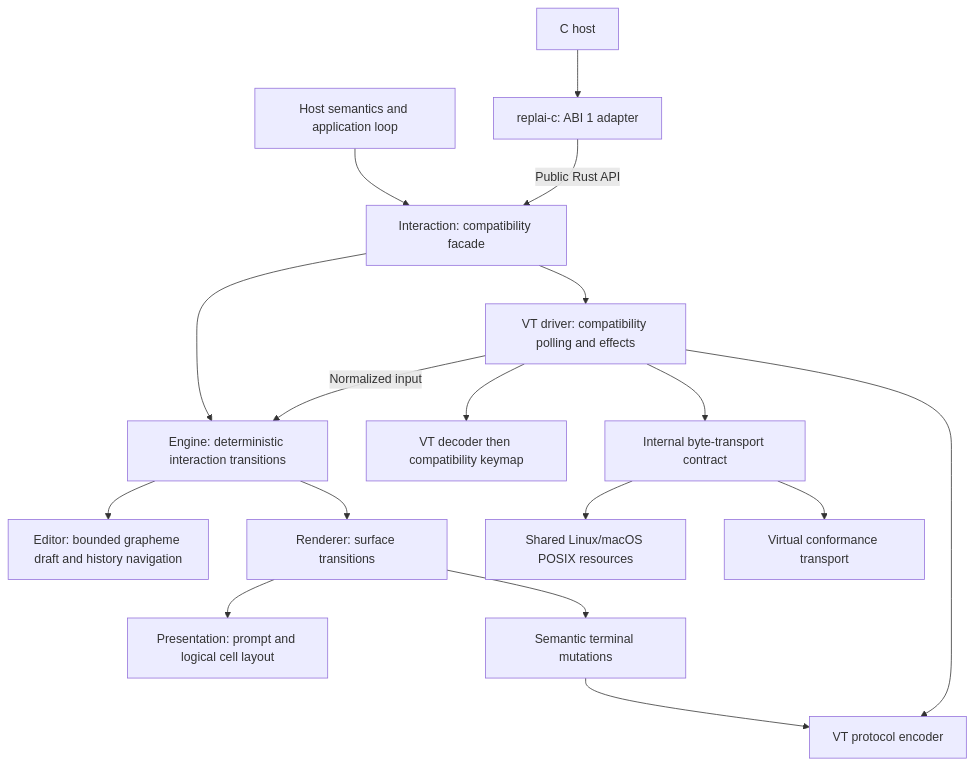
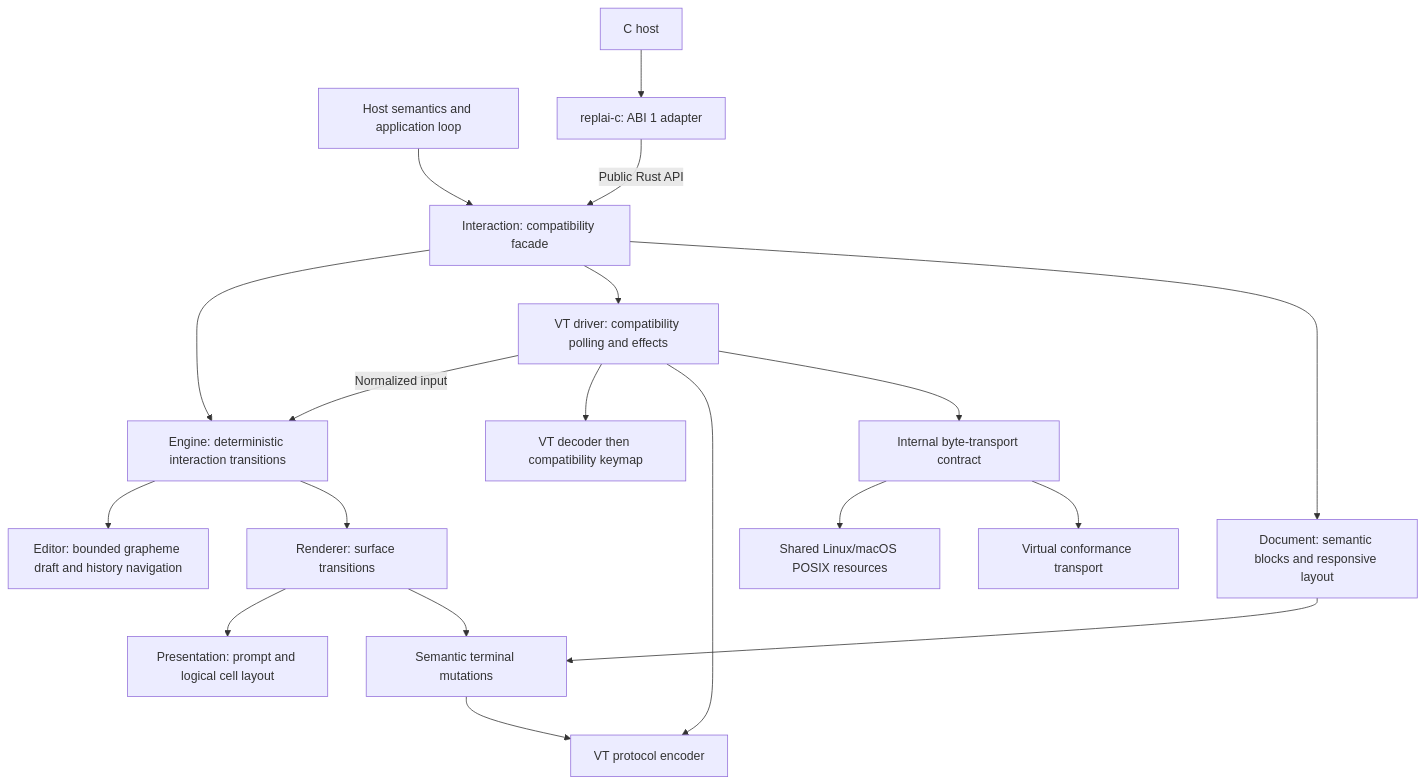
Before and after one commit to mothx9/replai: the diagram in docs/architecture.md, drawn with Mermaid. The commit also changed other lines of this file and 18 other files, not shown here.

````diff
--- a/docs/architecture.md
+++ b/docs/architecture.md
@@ -12,19 +12,21 @@
 ```mermaid
 flowchart TB
     host["Host semantics and application loop"] --> facade
     c["C host"] --> abi["replai-c: ABI 1 adapter"]
     abi -->|Public Rust API| facade
     facade["Interaction: compatibility facade"] --> engine
     facade --> driver
     engine["Engine: deterministic interaction transitions"] --> editor["Editor: bounded grapheme draft and history navigation"]
+    facade --> document["Document: semantic blocks and responsive layout"]
+    document --> mutations
     engine --> renderer["Renderer: surface transitions"]
     renderer --> layout["Presentation: prompt and logical cell layout"]
     renderer --> mutations["Semantic terminal mutations"]
     driver["VT driver: compatibility polling and effects"] -->|Normalized input| engine
     driver --> decoder["VT decoder then compatibility keymap"]
     mutations --> encoder["VT protocol encoder"]
     driver --> encoder
     driver --> transport["Internal byte-transport contract"]
     transport --> posix["Shared Linux/macOS POSIX resources"]
     transport --> virtual["Virtual conformance transport"]
 ```
````
